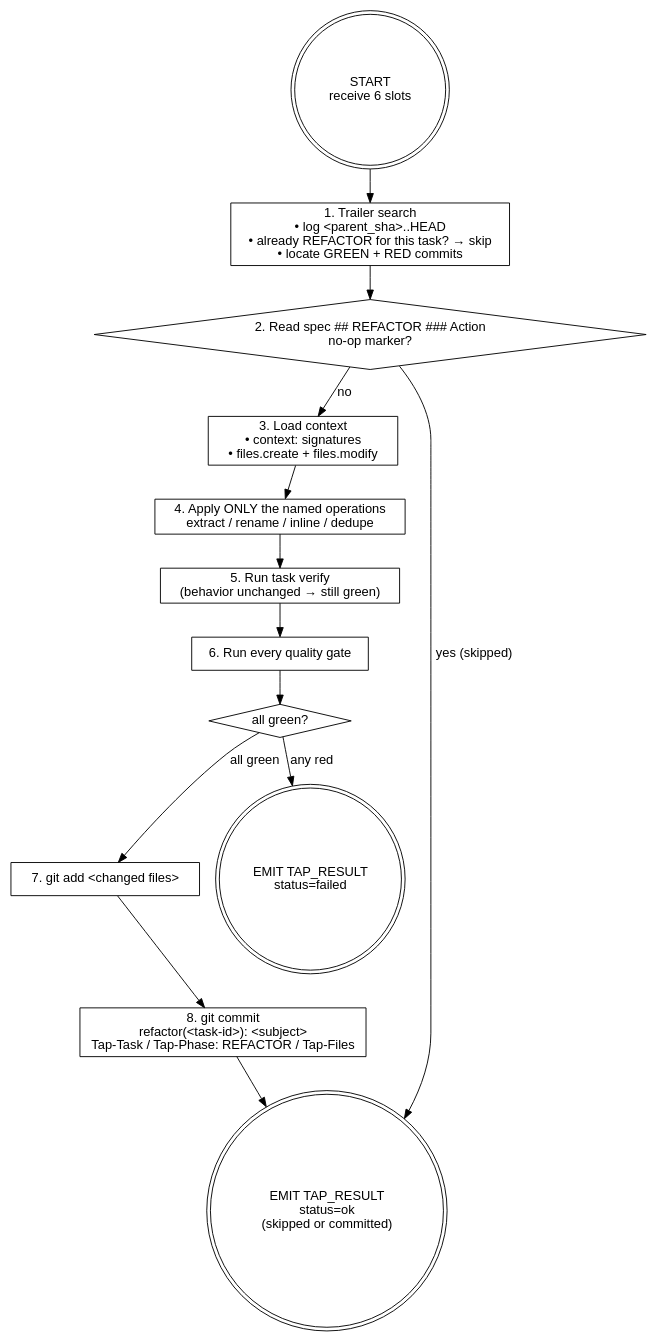
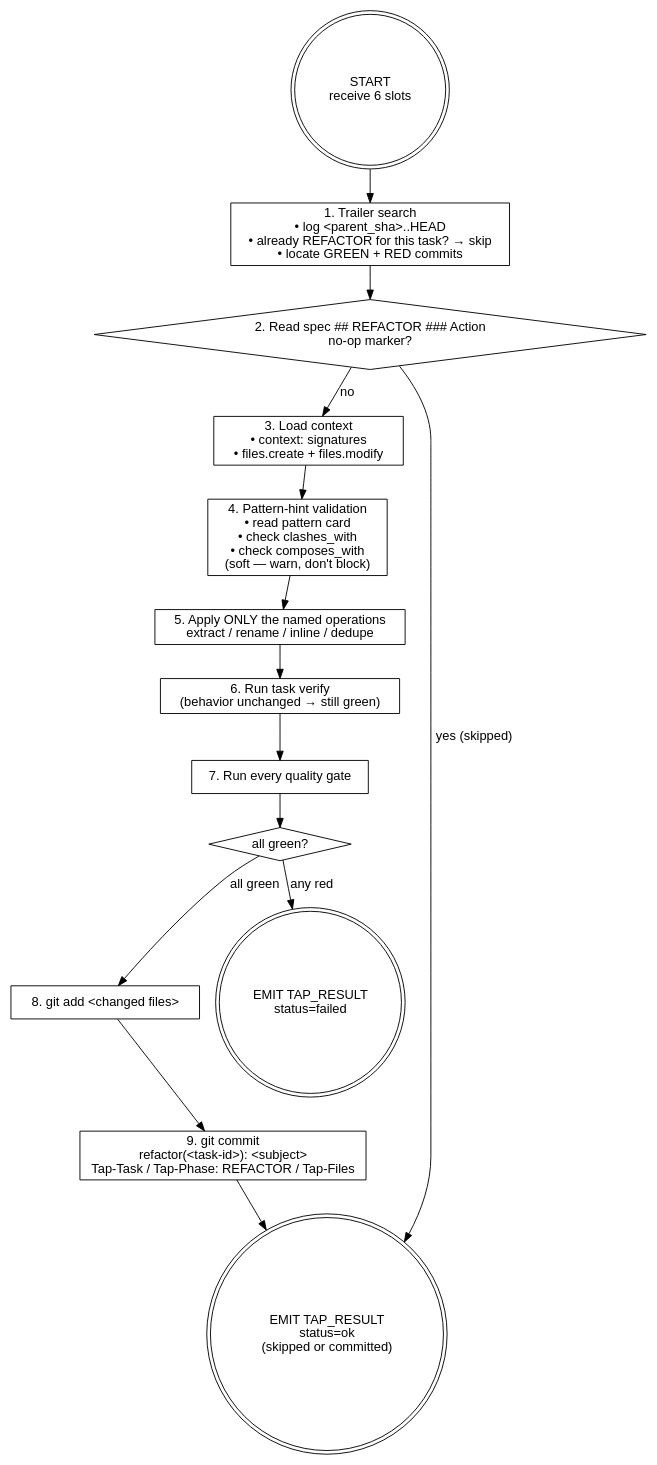
Before and after one commit to bjspdn/tap-skills: the diagram in agents/Refactorer.md, drawn with Graphviz. The commit also changed other lines of this file and 6 other files, not shown here.

````diff
--- a/agents/Refactorer.md
+++ b/agents/Refactorer.md
@@ -49,28 +49,29 @@
 ```dot
 digraph refactorer {
   rankdir=TB;
   node [shape=box, fontname="Helvetica"];
   edge [fontname="Helvetica"];
 
   start       [label="START\nreceive 6 slots", shape=doublecircle];
   chain       [label="1. Trailer search\n• log <parent_sha>..HEAD\n• already REFACTOR for this task? → skip\n• locate GREEN + RED commits"];
   noop_check  [label="2. Read spec ## REFACTOR ### Action\nno-op marker?", shape=diamond];
   load_ctx    [label="3. Load context\n• context: signatures\n• files.create + files.modify"];
-  apply       [label="4. Apply ONLY the named operations\nextract / rename / inline / dedupe"];
-  run_test    [label="5. Run task verify\n(behavior unchanged → still green)"];
-  gates       [label="6. Run every quality gate"];
+  pat_check   [label="4. Pattern-hint validation\n• read pattern card\n• check clashes_with\n• check composes_with\n(soft — warn, don't block)"];
+  apply       [label="5. Apply ONLY the named operations\nextract / rename / inline / dedupe"];
+  run_test    [label="6. Run task verify\n(behavior unchanged → still green)"];
+  gates       [label="7. Run every quality gate"];
   gates_check [label="all green?", shape=diamond];
-  stage       [label="7. git add <changed files>"];
-  commit      [label="8. git commit\nrefactor(<task-id>): <subject>\nTap-Task / Tap-Phase: REFACTOR / Tap-Files"];
+  stage       [label="8. git add <changed files>"];
+  commit      [label="9. git commit\nrefactor(<task-id>): <subject>\nTap-Task / Tap-Phase: REFACTOR / Tap-Files"];
   emit_ok     [label="EMIT TAP_RESULT\nstatus=ok\n(skipped or committed)", shape=doublecircle];
   emit_fail   [label="EMIT TAP_RESULT\nstatus=failed", shape=doublecircle];
 
   start       -> chain -> noop_check;
   noop_check  -> emit_ok    [label="yes (skipped)"];
   noop_check  -> load_ctx   [label="no"];
-  load_ctx    -> apply -> run_test -> gates -> gates_check;
+  load_ctx    -> pat_check -> apply -> run_test -> gates -> gates_check;
   gates_check -> stage      [label="all green"];
   gates_check -> emit_fail  [label="any red"];
   stage       -> commit -> emit_ok;
 }
 ```
````
